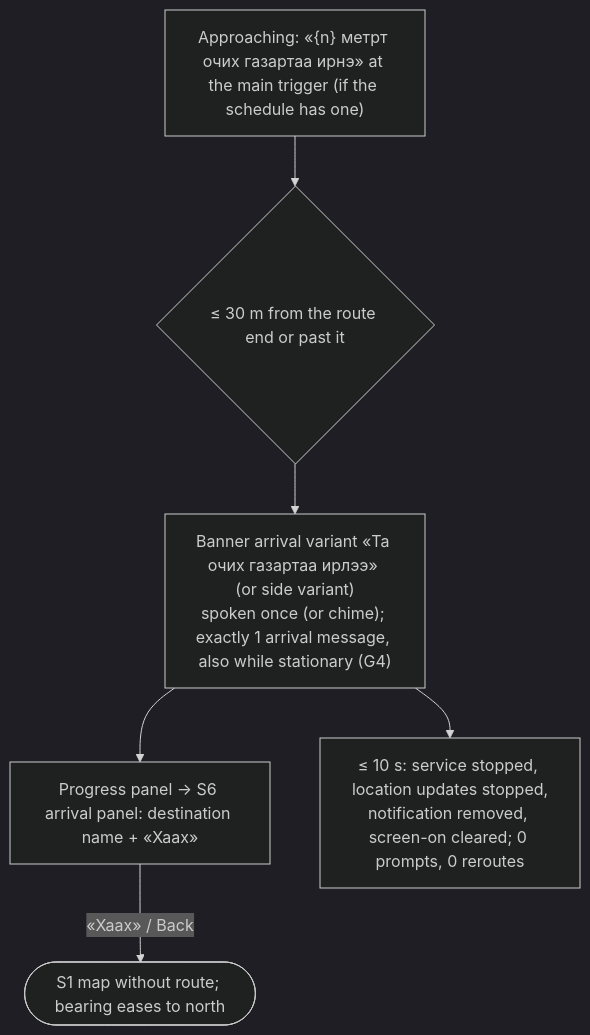
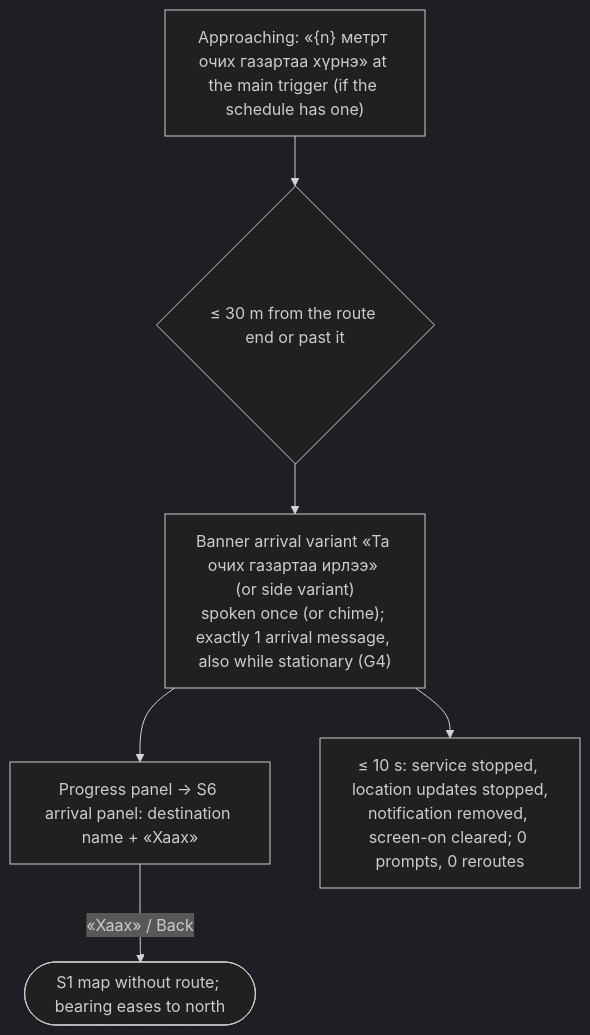
Before and after one commit to Uranbold/test.github.io: diagram 11 of 12 in docs/design/flows/NAV-005-android-navigation.md, drawn with Mermaid (dark theme). The commit also changed 5 other files, not shown here.

First line of the commit message:
Design docs: D69/D70 wording (ramp «… зам руу эргэнэ үү», approaching «… хүрнэ»); layout re-check unchanged

````diff
--- a/docs/design/flows/NAV-005-android-navigation.md
+++ b/docs/design/flows/NAV-005-android-navigation.md
@@ -218,8 +218,8 @@
 ```mermaid
 flowchart TD
-    A["Approaching: «{n} метрт очих газартаа ирнэ» at the main trigger (if the schedule has one)"] --> B{"≤ 30 m from the route end or past it"}
+    A["Approaching: «{n} метрт очих газартаа хүрнэ» at the main trigger (if the schedule has one)"] --> B{"≤ 30 m from the route end or past it"}
     B --> C["Banner arrival variant «Та очих газартаа ирлээ» (or side variant)<br/>spoken once (or chime); exactly 1 arrival message, also while stationary (G4)"]
     C --> D["Progress panel → S6 arrival panel: destination name + «Хаах»"]
     C --> E["≤ 10 s: service stopped, location updates stopped,<br/>notification removed, screen-on cleared; 0 prompts, 0 reroutes"]
     D -- "«Хаах» / Back" --> F(["S1 map without route; bearing eases to north"])
 ```
````
